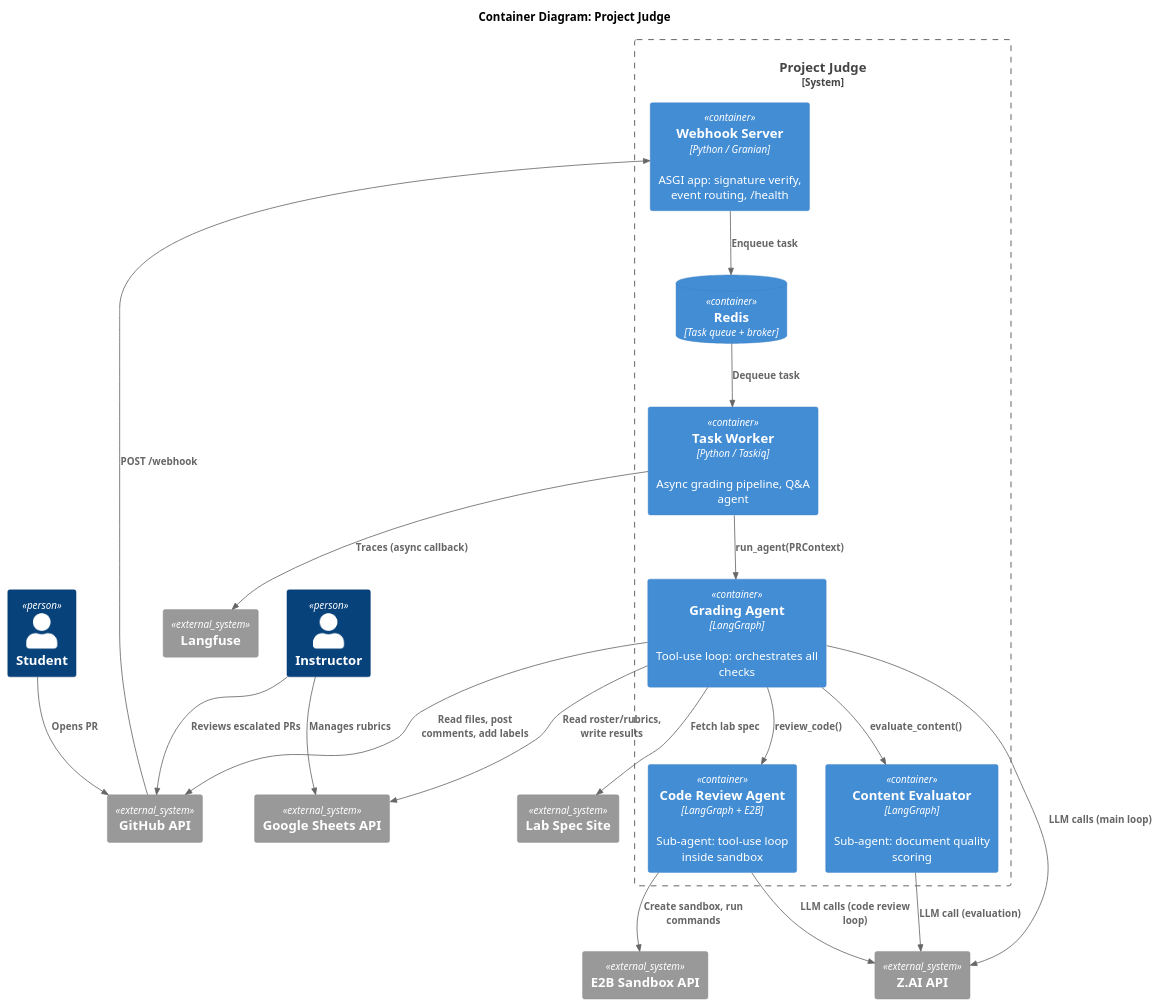
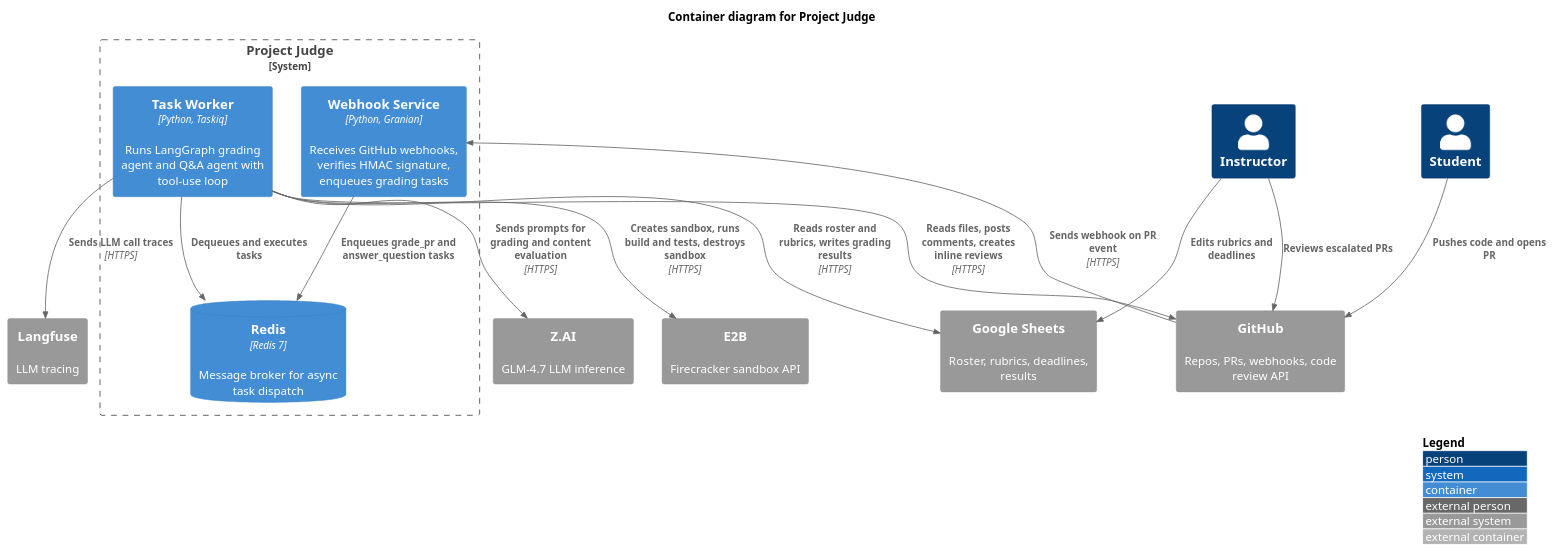
One commit to ChS23/project-judge changed the diagram in docs/diagrams/c4-container.puml. Above: the diagram before and after it, drawn with PlantUML. The commit also changed 5 other files, not shown here.

First line of the commit message:
docs: rewrite C4 diagrams to follow official standards

```diff
--- a/docs/diagrams/c4-container.puml
+++ b/docs/diagrams/c4-container.puml
@@ -1,43 +1,37 @@
 @startuml c4-container
 !include https://raw.githubusercontent.com/plantuml-stdlib/C4-PlantUML/master/C4_Container.puml
 
-title Container Diagram: Project Judge
+LAYOUT_WITH_LEGEND()
+
+title Container diagram for Project Judge
 
 Person(student, "Student")
 Person(instructor, "Instructor")
 
 System_Boundary(judge, "Project Judge") {
-    Container(webhook, "Webhook Server", "Python / Granian", "ASGI app: signature verify, event routing, /health")
-    Container(worker, "Task Worker", "Python / Taskiq", "Async grading pipeline, Q&A agent")
-    Container(agent, "Grading Agent", "LangGraph", "Tool-use loop: orchestrates all checks")
-    Container(sandbox_agent, "Code Review Agent", "LangGraph + E2B", "Sub-agent: tool-use loop inside sandbox")
-    Container(content_agent, "Content Evaluator", "LangGraph", "Sub-agent: document quality scoring")
-    ContainerDb(redis, "Redis", "Task queue + broker")
+    Container(app, "Webhook Service", "Python, Granian", "Receives GitHub webhooks, verifies HMAC signature, enqueues grading tasks")
+    Container(worker, "Task Worker", "Python, Taskiq", "Runs LangGraph grading agent and Q&A agent with tool-use loop")
+    ContainerDb(redis, "Redis", "Redis 7", "Message broker for async task dispatch")
 }
 
-System_Ext(github, "GitHub API")
-System_Ext(zai, "Z.AI API")
-System_Ext(e2b, "E2B Sandbox API")
-System_Ext(sheets, "Google Sheets API")
-System_Ext(langfuse, "Langfuse")
-System_Ext(spec_site, "Lab Spec Site")
+System_Ext(github, "GitHub", "Repos, PRs, webhooks, code review API")
+System_Ext(zai, "Z.AI", "GLM-4.7 LLM inference")
+System_Ext(e2b, "E2B", "Firecracker sandbox API")
+System_Ext(sheets, "Google Sheets", "Roster, rubrics, deadlines, results")
+System_Ext(langfuse, "Langfuse", "LLM tracing")
 
-Rel(student, github, "Opens PR")
-Rel(github, webhook, "POST /webhook")
-Rel(webhook, redis, "Enqueue task")
-Rel(redis, worker, "Dequeue task")
-Rel(worker, agent, "run_agent(PRContext)")
-Rel(agent, content_agent, "evaluate_content()")
-Rel(agent, sandbox_agent, "review_code()")
-Rel(agent, github, "Read files, post comments, add labels")
-Rel(agent, sheets, "Read roster/rubrics, write results")
-Rel(agent, spec_site, "Fetch lab spec")
-Rel(agent, zai, "LLM calls (main loop)")
-Rel(content_agent, zai, "LLM call (evaluation)")
-Rel(sandbox_agent, zai, "LLM calls (code review loop)")
-Rel(sandbox_agent, e2b, "Create sandbox, run commands")
-Rel(worker, langfuse, "Traces (async callback)")
+Rel(student, github, "Pushes code and opens PR")
 Rel(instructor, github, "Reviews escalated PRs")
-Rel(instructor, sheets, "Manages rubrics")
+Rel(instructor, sheets, "Edits rubrics and deadlines")
+
+Rel(github, app, "Sends webhook on PR event", "HTTPS")
+Rel(app, redis, "Enqueues grade_pr and answer_question tasks")
+Rel(worker, redis, "Dequeues and executes tasks")
+
+Rel(worker, github, "Reads files, posts comments, creates inline reviews", "HTTPS")
+Rel(worker, zai, "Sends prompts for grading and content evaluation", "HTTPS")
+Rel(worker, e2b, "Creates sandbox, runs build and tests, destroys sandbox", "HTTPS")
+Rel(worker, sheets, "Reads roster and rubrics, writes grading results", "HTTPS")
+Rel(worker, langfuse, "Sends LLM call traces", "HTTPS")
 
 @enduml
```
